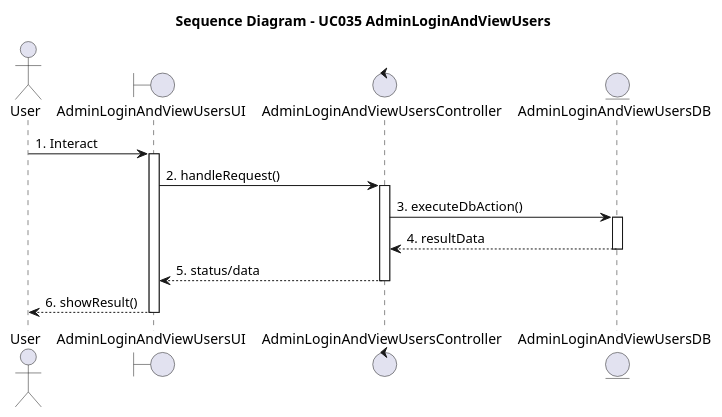
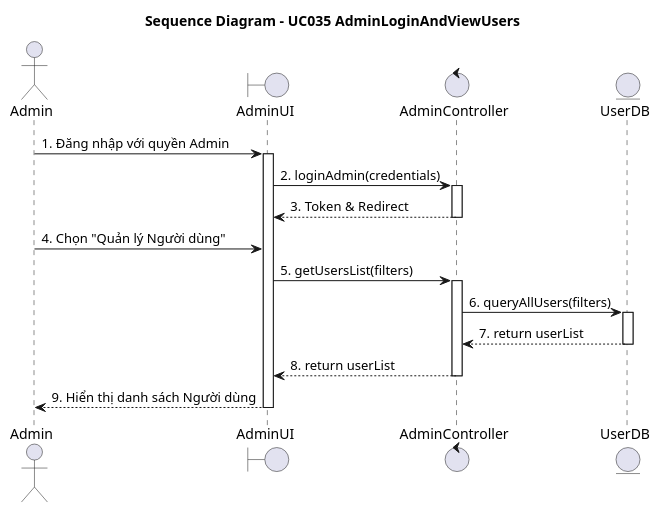
The diagram in diagrams/Module_8_Admin/UC035_Đăng_nhập_và_Xem_danh_sách_User_Sequence.puml (Alt2210/NaviMart), drawn with PlantUML before and after one commit. The commit also changed 31 other files, not shown here.

```diff
--- a/diagrams/Module_8_Admin/UC035_Đăng_nhập_và_Xem_danh_sách_User_Sequence.puml
+++ b/diagrams/Module_8_Admin/UC035_Đăng_nhập_và_Xem_danh_sách_User_Sequence.puml
@@ -1,21 +1,27 @@
 @startuml
 title Sequence Diagram - UC035 AdminLoginAndViewUsers
 
-actor "User" as Actor
-boundary "AdminLoginAndViewUsersUI" as UI
-control "AdminLoginAndViewUsersController" as Controller
-entity "AdminLoginAndViewUsersDB" as Entity
+actor "Admin" as Actor
+boundary "AdminUI" as UI
+control "AdminController" as Controller
+entity "UserDB" as Entity
 
-Actor -> UI : 1. Interact
+Actor -> UI : 1. Đăng nhập với quyền Admin
 activate UI
-UI -> Controller : 2. handleRequest()
+UI -> Controller : 2. loginAdmin(credentials)
 activate Controller
-Controller -> Entity : 3. executeDbAction()
+Controller --> UI : 3. Token & Redirect
+deactivate Controller
+
+Actor -> UI : 4. Chọn "Quản lý Người dùng"
+UI -> Controller : 5. getUsersList(filters)
+activate Controller
+Controller -> Entity : 6. queryAllUsers(filters)
 activate Entity
-Entity --> Controller : 4. resultData
+Entity --> Controller : 7. return userList
 deactivate Entity
-Controller --> UI : 5. status/data
+Controller --> UI : 8. return userList
 deactivate Controller
-UI --> Actor : 6. showResult()
+UI --> Actor : 9. Hiển thị danh sách Người dùng
 deactivate UI
 @enduml
```
